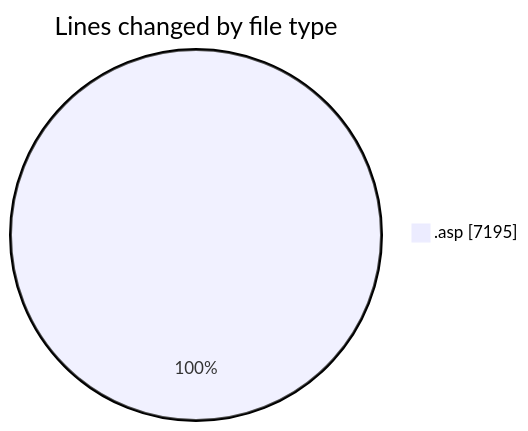
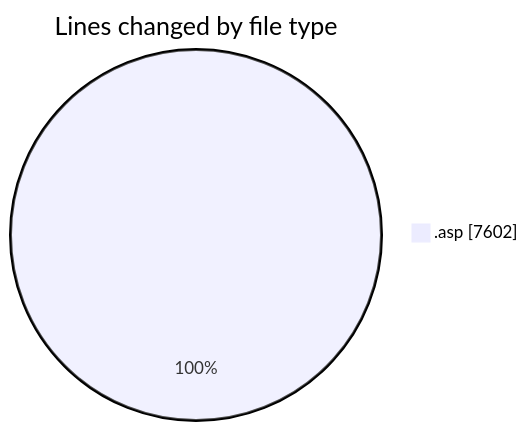
Before and after one commit to julien-gomy/code-tracking: the first of 2 diagrams in 2025-11-10/cdp_aleoudev_fr__workspace_/README.md, drawn with Mermaid. The commit also changed other lines of this file and 1 other file, not shown here.

````diff
--- a/2025-11-10/cdp_aleoudev_fr__workspace_/README.md
+++ b/2025-11-10/cdp_aleoudev_fr__workspace_/README.md
@@ -36,5 +36,5 @@
 ```mermaid
 pie showData
 title Lines changed by file type
-".asp" : 7195
+".asp" : 7602
 ```
````
